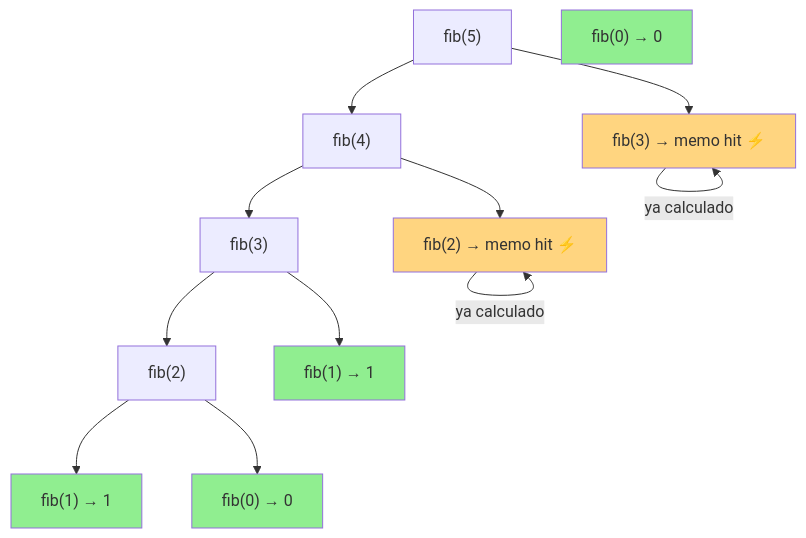
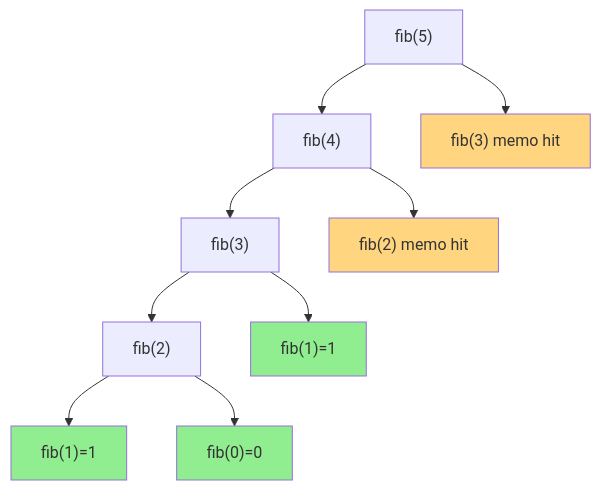
Before and after one commit to nehuenlabs/estudios-algoritmos-recursividad: diagram 12 of 58 in plantilla-soluciones.md, drawn with Mermaid. The commit also changed other lines of this file, not shown here.

````diff
--- a/plantilla-soluciones.md
+++ b/plantilla-soluciones.md
@@ -296,31 +388,27 @@
 ```mermaid
 flowchart TD
     F5["fib(5)"]
     F4["fib(4)"]
     F3["fib(3)"]
-    F3c["fib(3) → memo hit ⚡"]
+    F3h["fib(3) memo hit"]
     F2["fib(2)"]
-    F2c["fib(2) → memo hit ⚡"]
-    F1a["fib(1) → 1"]
-    F1b["fib(1) → 1"]
-    F0a["fib(0) → 0"]
-    F0b["fib(0) → 0"]
+    F2h["fib(2) memo hit"]
+    F1a["fib(1)=1"]
+    F1b["fib(1)=1"]
+    F0["fib(0)=0"]
 
     F5 --> F4
-    F5 --> F3c
+    F5 --> F3h
     F4 --> F3
-    F4 --> F2c
+    F4 --> F2h
     F3 --> F2
     F3 --> F1a
     F2 --> F1b
-    F2 --> F0a
-    F3c --> |"ya calculado"| F3c
-    F2c --> |"ya calculado"| F2c
+    F2 --> F0
 
     style F1a fill:#90EE90
     style F1b fill:#90EE90
-    style F0a fill:#90EE90
-    style F0b fill:#90EE90
-    style F3c fill:#FFD580
-    style F2c fill:#FFD580
+    style F0 fill:#90EE90
+    style F3h fill:#FFD580
+    style F2h fill:#FFD580
 ```
````
